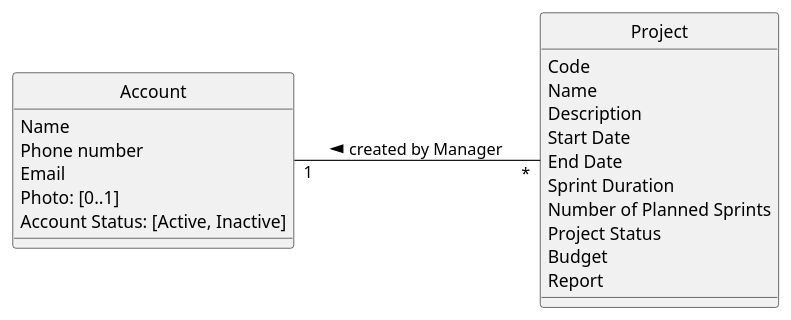
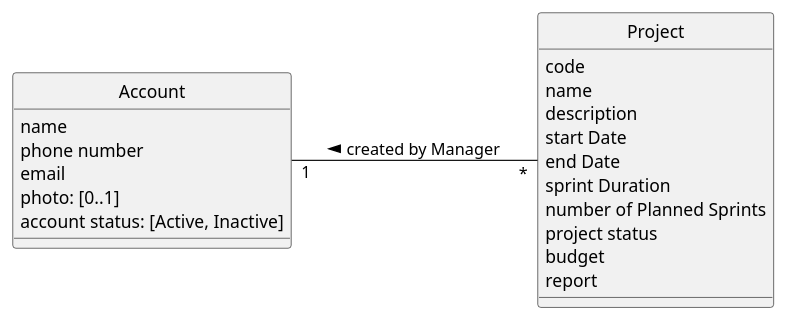
Before and after one commit to ivo-menezes/project_g3: the diagram in docs/modelling_design/user_stories/us010/US010_CreateProjectDMD.puml, drawn with PlantUML.

Commit message:
US010: Design : US010_CreateProjectDMD (Update)

```diff
--- a/docs/modelling_design/user_stories/us010/US010_CreateProjectDMD.puml
+++ b/docs/modelling_design/user_stories/us010/US010_CreateProjectDMD.puml
@@ -1,29 +1,29 @@
 @startuml
 skinparam style strictuml
 left to right direction
 skinparam groupInheritance 3
 
 class "Account" {
-Name
-Phone number
-Email
-Photo: [0..1]
+name
+phone number
+email
+photo: [0..1]
 'the [0..1] in Photo indicates an optional value, see Craig 2004, p.121
-Account Status: [Active, Inactive]
+account status: [Active, Inactive]
 }
 
 class Project {
-Code
-Name
-Description
-Start Date
-End Date
-Sprint Duration
-Number of Planned Sprints
-Project Status
-Budget
-Report
+code
+name
+description
+start Date
+end Date
+sprint Duration
+number of Planned Sprints
+project status
+budget
+report
 }
 
 "Account" "1" -- "*" Project : created by Manager <
 @enduml
```
